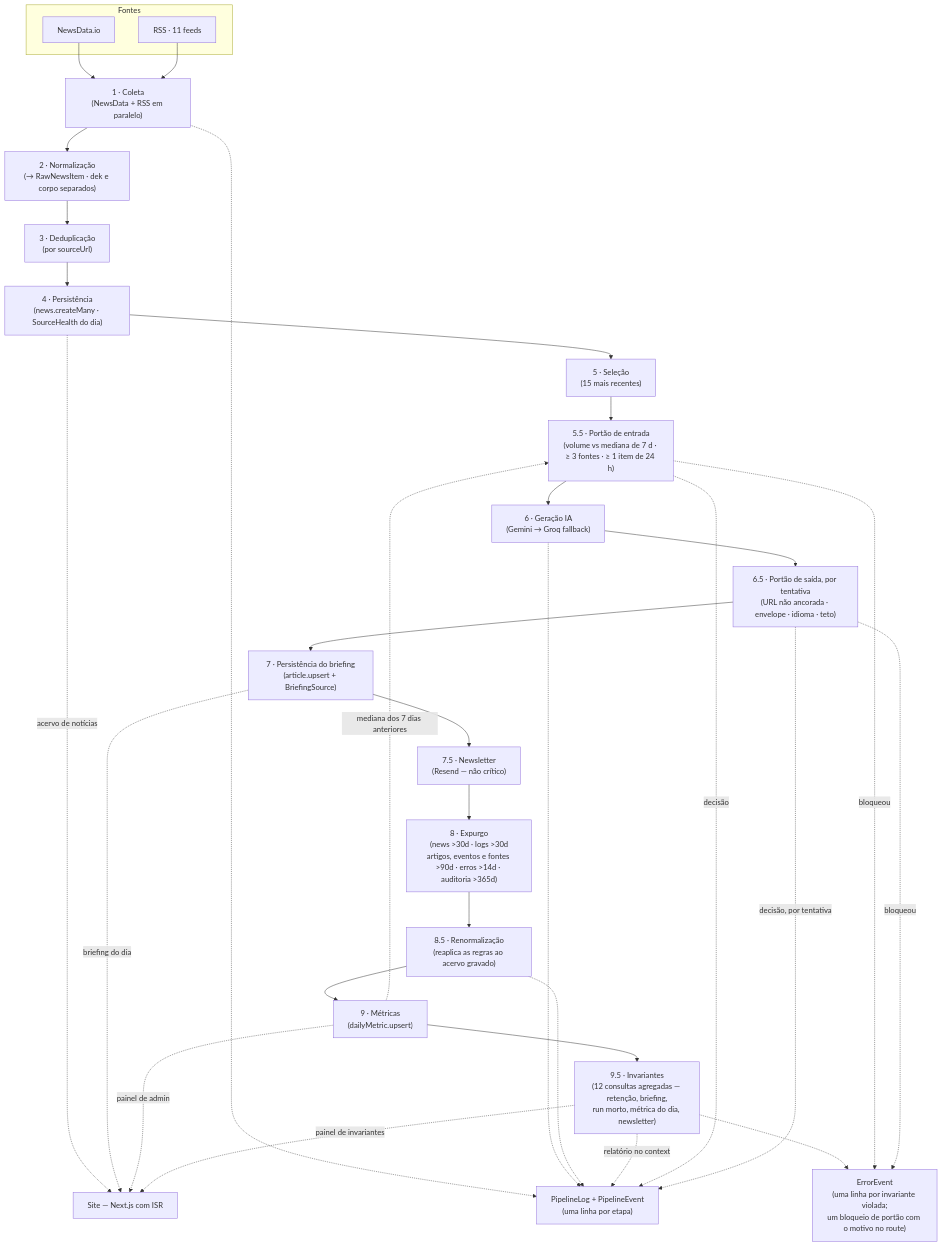
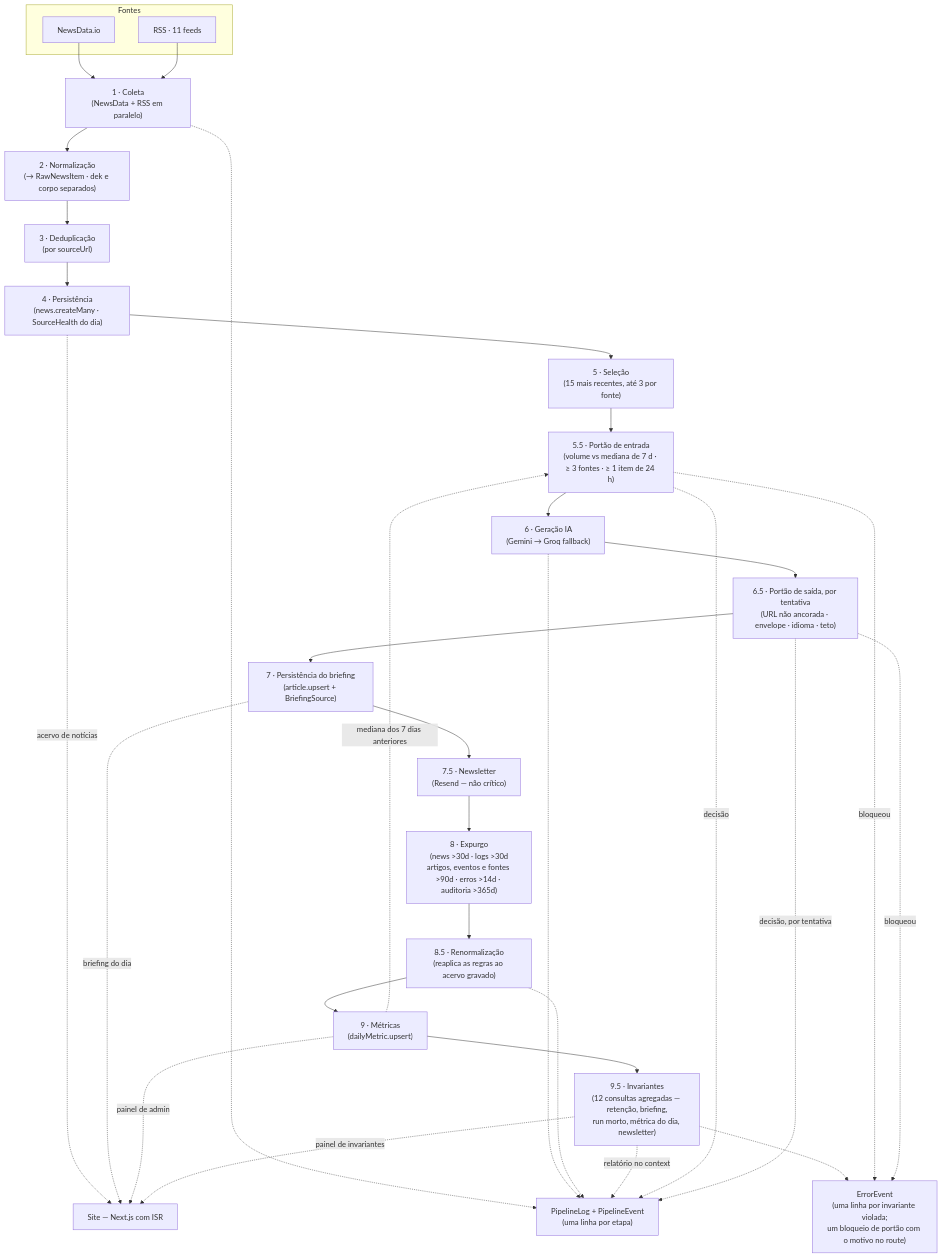
The diagram in docs/diagrams/data-flow.mermaid (tavinholoco/newra-news), drawn with Mermaid before and after one commit. The commit also changed 12 other files, not shown here.

```diff
--- a/docs/diagrams/data-flow.mermaid
+++ b/docs/diagrams/data-flow.mermaid
@@ -1,54 +1,54 @@
 %% Fluxo de Dados Diário — Pipeline de Notícias (Newra News)
 %% ---
 %% Atualizado em 19/09/2026. As 14 etapas do `pipeline.service.ts`, na ordem em
 %% que rodam, e o que cada uma deixa gravado. A etapa 4 grava também a
 %% SourceHealth do dia (Fase 11 do plano de observabilidade), e a 8 a expurga.
 %% A 9.5 (Fase 6) não grava tabela nenhuma: o relatório é o `context` de um
 %% PipelineEvent, e cada violação é um ErrorEvent com o id da invariante. Os
 %% dois portões (5.5 e 6.5, Fase 9) também não gravam tabela: a decisão é um
 %% PipelineEvent, e o bloqueio é um ErrorEvent com o motivo no route.
 flowchart TB
     subgraph Coleta["Fontes"]
         ND["NewsData.io"]
         RSS["RSS · 11 feeds"]
     end
 
     S1["1 · Coleta<br/>(NewsData + RSS em paralelo)"]
     S2["2 · Normalização<br/>(→ RawNewsItem · dek e corpo separados)"]
     S3["3 · Deduplicação<br/>(por sourceUrl)"]
     S4["4 · Persistência<br/>(news.createMany · SourceHealth do dia)"]
-    S5["5 · Seleção<br/>(15 mais recentes)"]
+    S5["5 · Seleção<br/>(15 mais recentes, até 3 por fonte)"]
     S55["5.5 · Portão de entrada<br/>(volume vs mediana de 7 d · ≥ 3 fontes · ≥ 1 item de 24 h)"]
     S6["6 · Geração IA<br/>(Gemini → Groq fallback)"]
     S65["6.5 · Portão de saída, por tentativa<br/>(URL não ancorada · envelope · idioma · teto)"]
     S7["7 · Persistência do briefing<br/>(article.upsert + BriefingSource)"]
     S75["7.5 · Newsletter<br/>(Resend — não crítico)"]
     S8["8 · Expurgo<br/>(news >30d · logs >30d<br/>artigos, eventos e fontes >90d · erros >14d · auditoria >365d)"]
     S85["8.5 · Renormalização<br/>(reaplica as regras ao acervo gravado)"]
     S9["9 · Métricas<br/>(dailyMetric.upsert)"]
     S95["9.5 · Invariantes<br/>(12 consultas agregadas — retenção, briefing,<br/>run morto, métrica do dia, newsletter)"]
 
     ND --> S1
     RSS --> S1
     S1 --> S2 --> S3 --> S4 --> S5 --> S55 --> S6 --> S65 --> S7 --> S75 --> S8 --> S85 --> S9 --> S95
     S9 -.->|"mediana dos 7 dias anteriores"| S55
 
     SITE["Site — Next.js com ISR"]
     S4 -.->|"acervo de notícias"| SITE
     S7 -.->|"briefing do dia"| SITE
     S9 -.->|"painel de admin"| SITE
     S95 -.->|"painel de invariantes"| SITE
 
     LOG["PipelineLog + PipelineEvent<br/>(uma linha por etapa)"]
     S1 -.-> LOG
     S6 -.-> LOG
     S85 -.-> LOG
     S95 -.->|"relatório no context"| LOG
 
     S55 -.->|"decisão"| LOG
     S65 -.->|"decisão, por tentativa"| LOG
 
     ERR["ErrorEvent<br/>(uma linha por invariante violada;<br/>um bloqueio de portão com o motivo no route)"]
     S95 -.-> ERR
     S55 -.->|"bloqueou"| ERR
     S65 -.->|"bloqueou"| ERR
```
